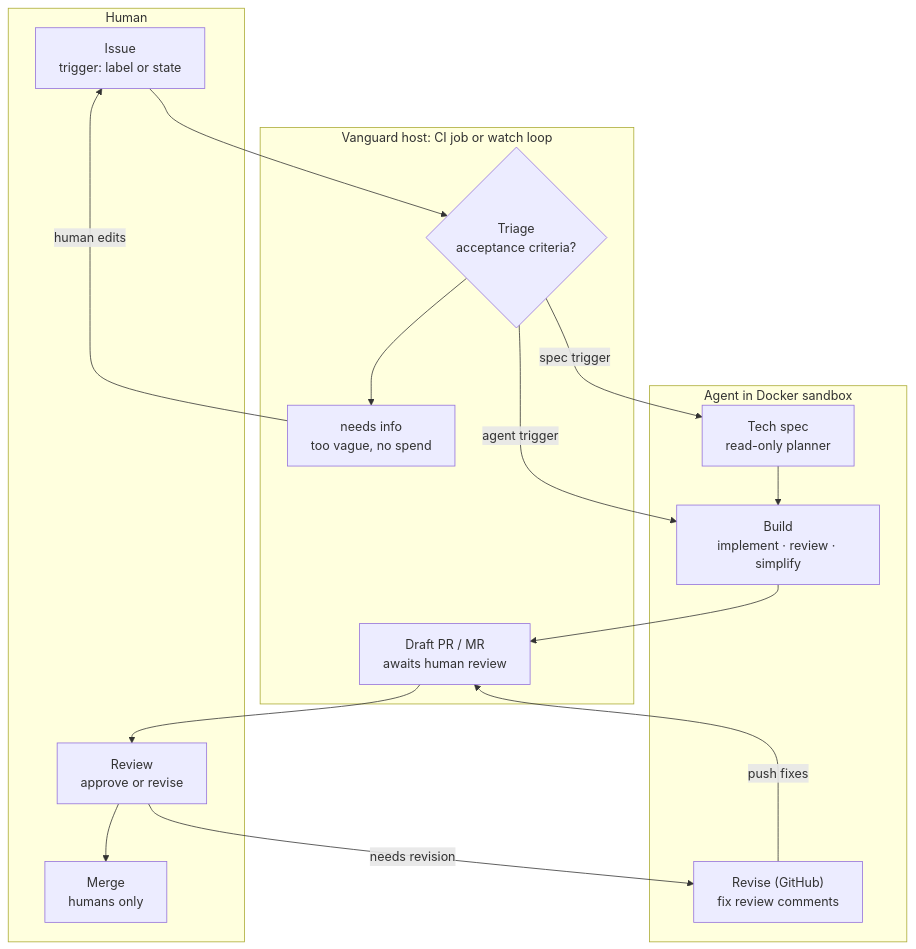
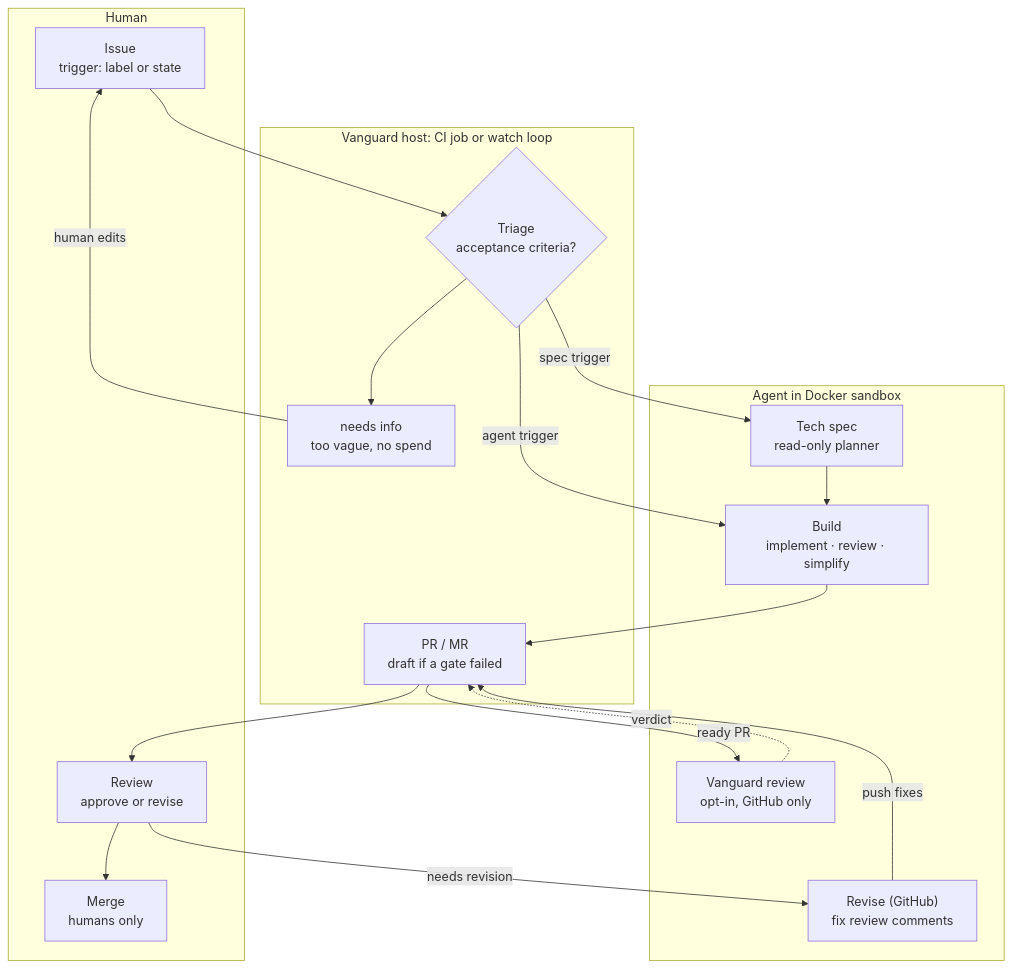
The diagram in docs/diagrams/factory-loop.mmd (SebaBoler/vanguard), drawn with Mermaid before and after one commit. The commit also changed 16 other files, not shown here.

Commit message:
docs: diagrams show ready PRs and the automatic review (#551)

```diff
--- a/docs/diagrams/factory-loop.mmd
+++ b/docs/diagrams/factory-loop.mmd
@@ -1,27 +1,29 @@
 %% Factory loop: the topology behind factory-loop-light.svg / factory-loop-dark.svg (README "What is Vanguard?").
 %% Change it here first, mirror it in factory-loop.archify.json, then re-render with archify (github.com/tt-a1i/archify):
 %%   node archify/bin/archify.mjs deliver architecture docs/diagrams/factory-loop.archify.json <out>.html --quality showcase
 %% Open <out>.html → Export → SVG, then: docs/diagrams/split-theme.sh <export>.svg factory-loop
 flowchart TB
   subgraph human[Human]
     issue["Issue<br/>trigger: label or state"]
     merge["Merge<br/>humans only"]
     review["Review<br/>approve or revise"]
   end
   subgraph host[Vanguard host: CI job or watch loop]
     triage{"Triage<br/>acceptance criteria?"}
     info["needs info<br/>too vague, no spend"]
-    pr["Draft PR / MR<br/>awaits human review"]
+    pr["PR / MR<br/>draft if a gate failed"]
   end
   subgraph sandbox[Agent in Docker sandbox]
     spec["Tech spec<br/>read-only planner"]
     build["Build<br/>implement · review · simplify"]
+    autoreview["Vanguard review<br/>opt-in, GitHub only"]
     revise["Revise (GitHub)<br/>fix review comments"]
   end
 
   issue --> triage
   triage --> info -->|human edits| issue
   triage -->|spec trigger| spec --> build
   triage -->|agent trigger| build
   build --> pr --> review --> merge
+  pr -->|ready PR| autoreview -.->|verdict| pr
   review -->|needs revision| revise -->|push fixes| pr
```
